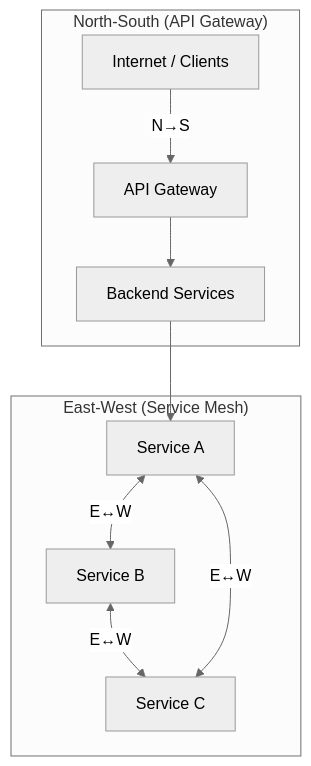
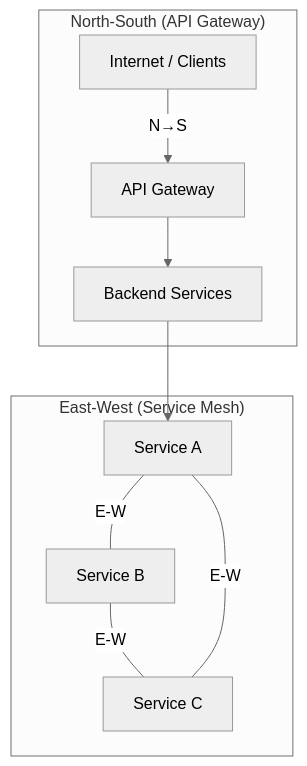
The fifth of 6 diagrams in docs/06-API-ARCHITECTURE.md (IRFAN2772/API-Communication), drawn with Mermaid (neutral theme) before and after one commit. The commit also changed 6 other files, not shown here.

````diff
--- a/docs/06-API-ARCHITECTURE.md
+++ b/docs/06-API-ARCHITECTURE.md
@@ -2793,15 +2793,15 @@
 ```mermaid
 graph TD
     subgraph "North-South (API Gateway)"
         Internet[Internet / Clients] -->|"N→S"| GW[API Gateway]
         GW --> Services[Backend Services]
     end
 
     subgraph "East-West (Service Mesh)"
-        SvcA[Service A] <-->|"E↔W"| SvcB[Service B]
-        SvcB <-->|"E↔W"| SvcC[Service C]
-        SvcA <-->|"E↔W"| SvcC
+        SvcA[Service A] ---|"E-W"| SvcB[Service B]
+        SvcB ---|"E-W"| SvcC[Service C]
+        SvcA ---|"E-W"| SvcC
     end
 
     Services --> SvcA
 ```
````
